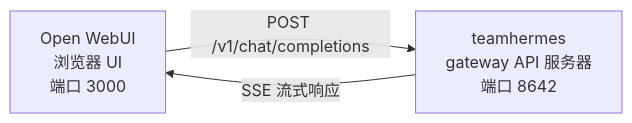
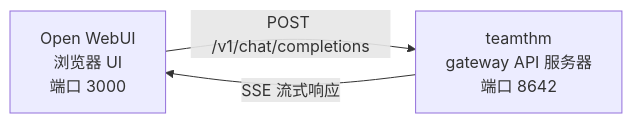
Before and after one commit to JingtaoLearn/teamhermes: the diagram in website/i18n/zh-Hans/docusaurus-plugin-content-docs/current/user-guide/messaging/open-webui.md, drawn with Mermaid. The commit also changed other lines of this file and 227 other files, not shown here.

````diff
--- a/website/i18n/zh-Hans/docusaurus-plugin-content-docs/current/user-guide/messaging/open-webui.md
+++ b/website/i18n/zh-Hans/docusaurus-plugin-content-docs/current/user-guide/messaging/open-webui.md
@@ -13,7 +13,7 @@
 ```mermaid
 flowchart LR
     A["Open WebUI<br/>浏览器 UI<br/>端口 3000"]
-    B["teamhermes<br/>gateway API 服务器<br/>端口 8642"]
+    B["teamthm<br/>gateway API 服务器<br/>端口 8642"]
     A -->|POST /v1/chat/completions| B
     B -->|SSE 流式响应| A
 ```
````
